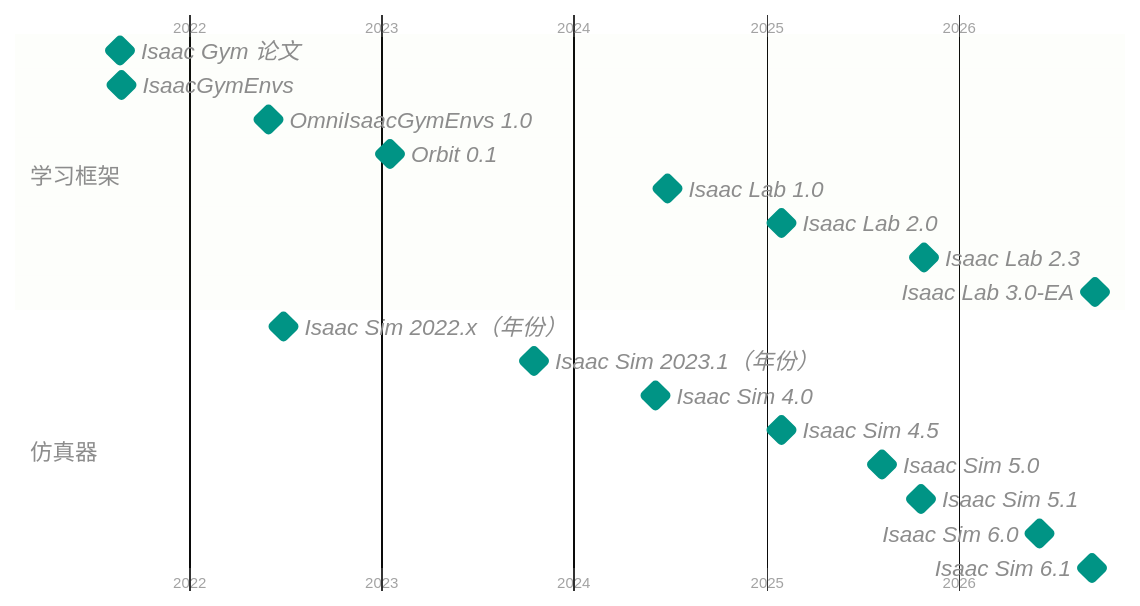
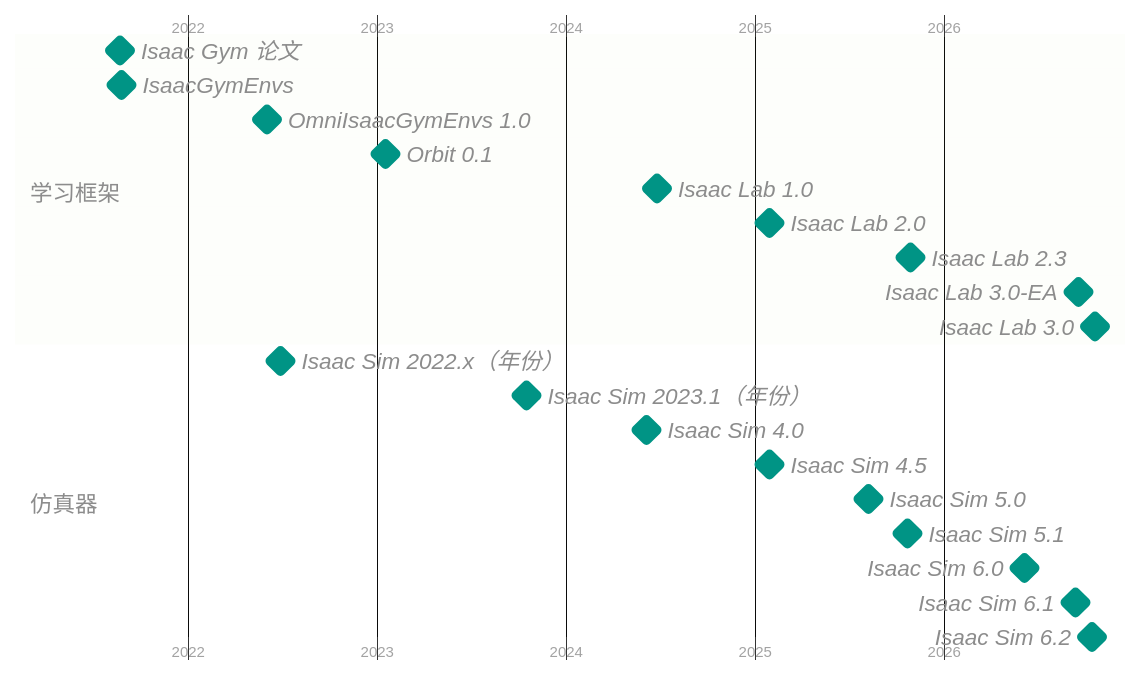
Before and after one commit to ueasycallme/academy: the diagram in docs/0-map/0.3-lineage.md, drawn with Mermaid. The commit also changed other lines of this file and 50 other files, not shown here.

````diff
--- a/docs/0-map/0.3-lineage.md
+++ b/docs/0-map/0.3-lineage.md
@@ -32,25 +32,27 @@
 ```{mermaid}
 %%{init: {"theme": "base", "themeCSS": ".tick text{font-size:13px;fill:#8c8c8c} .sectionTitle{fill:#8c8c8c !important} .taskTextOutsideRight,.taskTextOutsideLeft{fill:#8c8c8c} .grid .tick line{stroke:#8c8c8c;stroke-opacity:0.35} .grid path{stroke-width:0}", "themeVariables": {"textColor": "#8c8c8c", "titleColor": "#8c8c8c", "taskTextDarkColor": "#8c8c8c", "taskTextOutsideColor": "#8c8c8c", "taskBkgColor": "#009485", "taskBorderColor": "#009485", "activeTaskBkgColor": "#009485", "sectionBkgColor": "#76b90014", "altSectionBkgColor": "#00000000", "sectionBkgColor2": "#76b90014", "gridColor": "#8c8c8c55", "todayLineColor": "#00000000", "fontSize": "15px"}, "gantt": {"useWidth": 760, "barHeight": 18, "barGap": 5, "topPadding": 36, "leftPadding": 70, "rightPadding": 40, "fontSize": 15, "sectionFontSize": 15, "numberSectionStyles": 2, "topAxis": true}}}%%
 gantt
     dateFormat YYYY-MM-DD
     axisFormat %Y
     tickInterval 1year
     section 学习框架
     Isaac Gym 论文              :milestone, 2021-08-24, 0d
     IsaacGymEnvs               :milestone, 2021-08-27, 0d
     OmniIsaacGymEnvs 1.0       :milestone, 2022-06-03, 0d
     Orbit 0.1                  :milestone, 2023-01-18, 0d
     Isaac Lab 1.0              :milestone, 2024-06-26, 0d
     Isaac Lab 2.0              :milestone, 2025-01-30, 0d
     Isaac Lab 2.3              :milestone, 2025-10-28, 0d
     Isaac Lab 3.0-EA           :milestone, 2026-09-16, 0d
+    Isaac Lab 3.0              :milestone, 2026-10-19, 0d
     section 仿真器
     Isaac Sim 2022.x（年份）     :milestone, 2022-07-01, 0d
     Isaac Sim 2023.1（年份）     :milestone, 2023-10-18, 0d
     Isaac Sim 4.0              :milestone, 2024-06-05, 0d
     Isaac Sim 4.5              :milestone, 2025-01-29, 0d
     Isaac Sim 5.0              :milestone, 2025-08-08, 0d
     Isaac Sim 5.1              :milestone, 2025-10-21, 0d
     Isaac Sim 6.0              :milestone, 2026-06-04, 0d
     Isaac Sim 6.1              :milestone, 2026-09-10, 0d
+    Isaac Sim 6.2              :milestone, 2026-10-14, 0d
 ```
````
